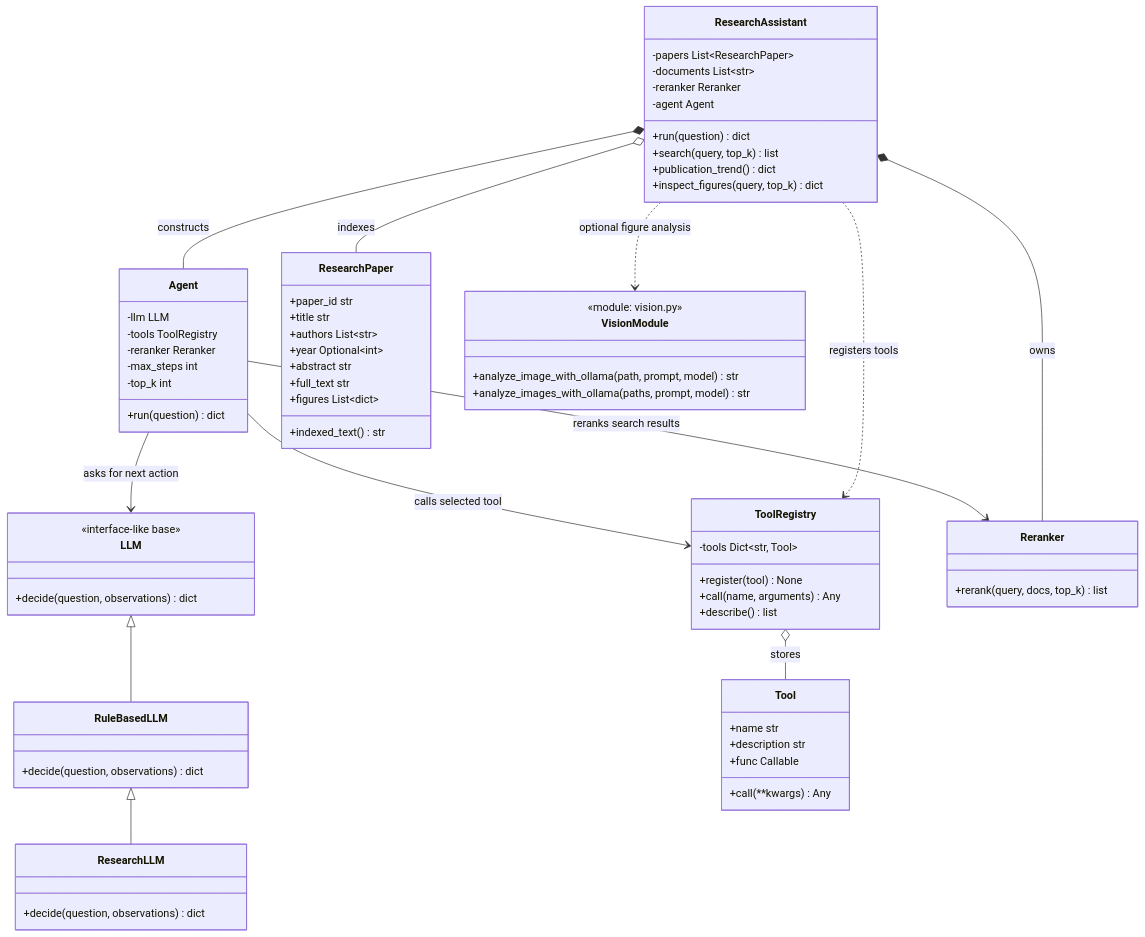
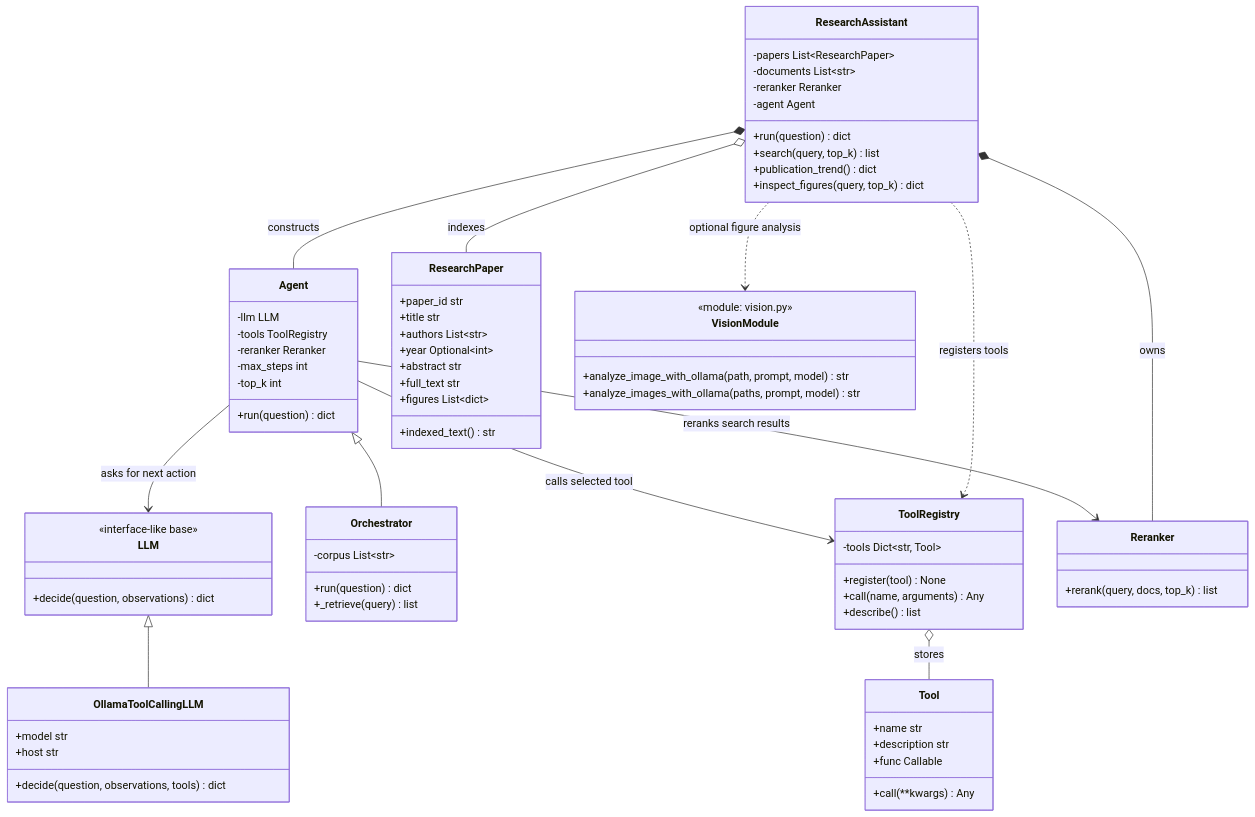
The second of 4 diagrams in doc/system-architecture.md (sefeoglu/llm-agents), drawn with Mermaid before and after one commit. The commit also changed other lines of this file and 41 other files, not shown here.

````diff
--- a/doc/system-architecture.md
+++ b/doc/system-architecture.md
@@ -49,73 +57,77 @@
 ```mermaid
 classDiagram
     class LLM {
         <<interface-like base>>
         +decide(question, observations) dict
     }
-    class RuleBasedLLM {
-        +decide(question, observations) dict
-    }
-    class ResearchLLM {
-        +decide(question, observations) dict
+    class OllamaToolCallingLLM {
+        +decide(question, observations, tools) dict
+        +model str
+        +host str
     }
     class Agent {
         -llm LLM
         -tools ToolRegistry
         -reranker Reranker
         -max_steps int
         -top_k int
         +run(question) dict
+    }
+    class Orchestrator {
+        -corpus List~str~
+        +run(question) dict
+        +_retrieve(query) list
     }
     class ResearchAssistant {
         -papers List~ResearchPaper~
         -documents List~str~
         -reranker Reranker
         -agent Agent
         +run(question) dict
         +search(query, top_k) list
         +publication_trend() dict
         +inspect_figures(query, top_k) dict
     }
     class ToolRegistry {
         -tools Dict~str, Tool~
         +register(tool) None
         +call(name, arguments) Any
         +describe() list
     }
     class Tool {
         +name str
         +description str
         +func Callable
         +call(**kwargs) Any
     }
     class Reranker {
         +rerank(query, docs, top_k) list
     }
     class ResearchPaper {
         +paper_id str
         +title str
         +authors List~str~
         +year Optional~int~
         +abstract str
         +full_text str
         +figures List~dict~
         +indexed_text() str
     }
     class VisionModule {
         <<module: vision.py>>
         +analyze_image_with_ollama(path, prompt, model) str
         +analyze_images_with_ollama(paths, prompt, model) str
     }
 
-    LLM <|-- RuleBasedLLM
-    RuleBasedLLM <|-- ResearchLLM
+    LLM <|-- OllamaToolCallingLLM
+    Agent <|-- Orchestrator
     ResearchAssistant *-- Agent : constructs
     ResearchAssistant o-- ResearchPaper : indexes
     ResearchAssistant *-- Reranker : owns
     ResearchAssistant ..> ToolRegistry : registers tools
     Agent --> LLM : asks for next action
     Agent --> ToolRegistry : calls selected tool
     Agent --> Reranker : reranks search results
     ToolRegistry o-- Tool : stores
     ResearchAssistant ..> VisionModule : optional figure analysis
 ```
````
